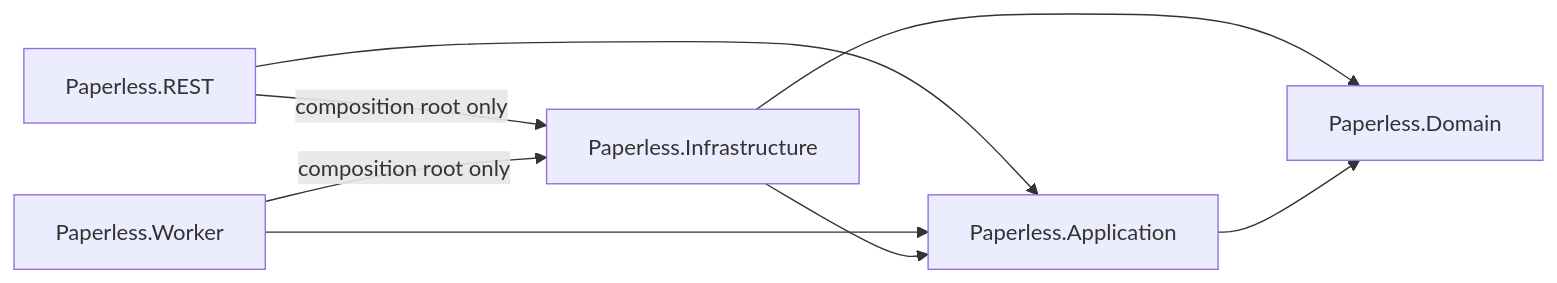
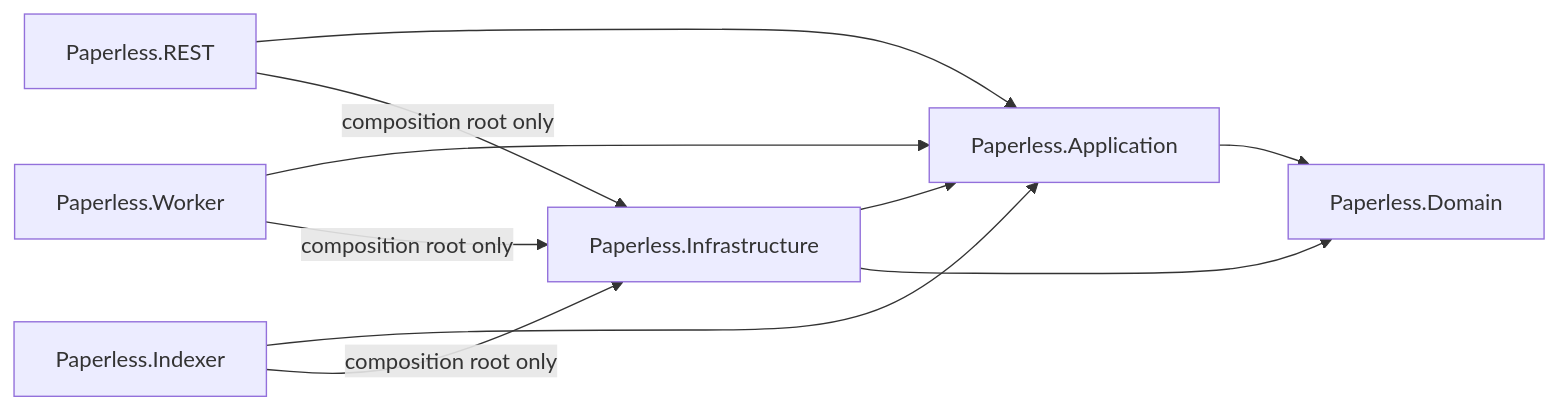
One commit to mfatihy70/PaperlessDMS changed the diagram in README.md. Above: the diagram before and after it, drawn with Mermaid. The commit also changed other lines of this file and 40 other files, not shown here.

````diff
--- a/README.md
+++ b/README.md
@@ -19,10 +20,12 @@
 ```mermaid
 flowchart LR
     REST[Paperless.REST] --> Application[Paperless.Application]
     REST -->|composition root only| Infrastructure[Paperless.Infrastructure]
     Worker[Paperless.Worker] --> Application
     Worker -->|composition root only| Infrastructure
+    Indexer[Paperless.Indexer] --> Application
+    Indexer -->|composition root only| Infrastructure
     Infrastructure --> Application
     Infrastructure --> Domain[Paperless.Domain]
     Application --> Domain
 ```
````
